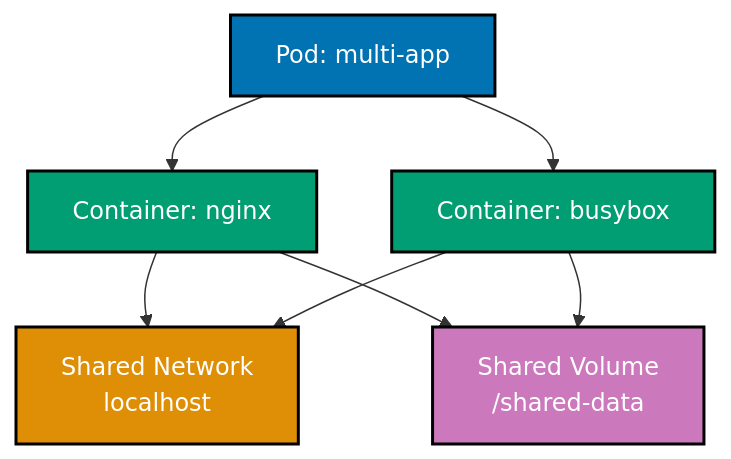
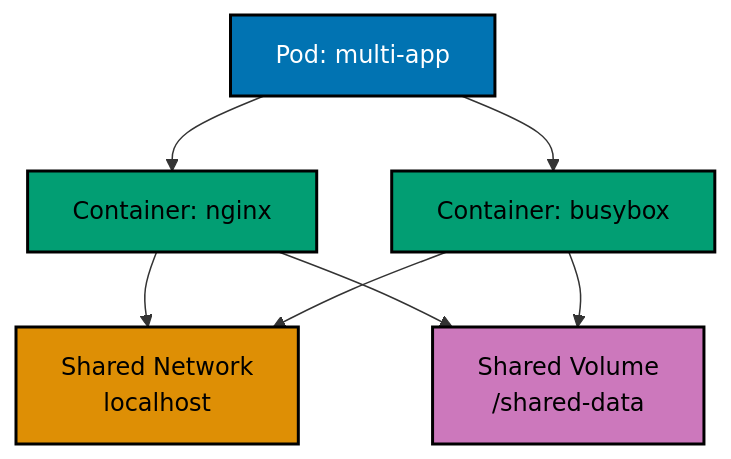
One commit to wahidyankf/ose-public changed the second of 9 diagrams in apps/ayokoding-www/content/en/learn/legacy/software-engineering/infrastructure/tools/kubernetes/by-example/beginner.md. Above: the diagram before and after it, drawn with Mermaid. The commit also changed other lines of this file and 131 other files, not shown here.

First line of the commit message:
fix(mermaid): bring the legacy data, infrastructure, and testing diagrams onto the accessible palette

````diff
--- a/apps/ayokoding-www/content/en/learn/legacy/software-engineering/infrastructure/tools/kubernetes/by-example/beginner.md
+++ b/apps/ayokoding-www/content/en/learn/legacy/software-engineering/infrastructure/tools/kubernetes/by-example/beginner.md
@@ -122,17 +128,24 @@
 ```mermaid
 %% Color Palette: Blue #0173B2, Orange #DE8F05, Teal #029E73, Purple #CC78BC, Brown #CA9161
 %% Multi-container Pod architecture
 graph TD
+ accTitle: Example 3: Multi-Container Pod
+ accDescr: Graph with 5 nodes and 6 connections. Nodes: Pod: multi-app, Container: nginx, Container: busybox, Shared Network localhost, Shared Volume /shared-data. Connections: Pod: multi-app to Container: nginx, Pod: multi-app to Container: busybox, Container: nginx to Shared Network localhost, Container: busybox to Shared Network localhost, Container: nginx to Shared Volume /shared-data, Container: busybox to Shared Volume /shared-data.
  A[Pod: multi-app] --> B[Container: nginx]
  A --> C[Container: busybox]
  B --> D[Shared Network<br/>localhost]
  C --> D
  B --> E[Shared Volume<br/>/shared-data]
  C --> E
 
- style A fill:#0173B2,stroke:#000000,stroke-width:2px,color:#fff
- style B fill:#029E73,stroke:#000000,stroke-width:2px,color:#fff
- style C fill:#029E73,stroke:#000000,stroke-width:2px,color:#fff
- style D fill:#DE8F05,stroke:#000000,stroke-width:2px,color:#fff
- style E fill:#CC78BC,stroke:#000000,stroke-width:2px,color:#fff
+ classDef pal-0173B2 fill:#0173B2,stroke:#000000,color:#FFFFFF,stroke-width:2px
+ class A pal-0173B2
+ classDef pal-029E73 fill:#029E73,stroke:#000000,color:#000000,stroke-width:2px
+ class B pal-029E73
+ class C pal-029E73
+ classDef pal-DE8F05 fill:#DE8F05,stroke:#000000,color:#000000,stroke-width:2px
+ class D pal-DE8F05
+ classDef pal-CC78BC fill:#CC78BC,stroke:#000000,color:#000000,stroke-width:2px
+ class E pal-CC78BC
+ classDef default fill:#FFFFFF,stroke:#000000,color:#000000
 ```
````
